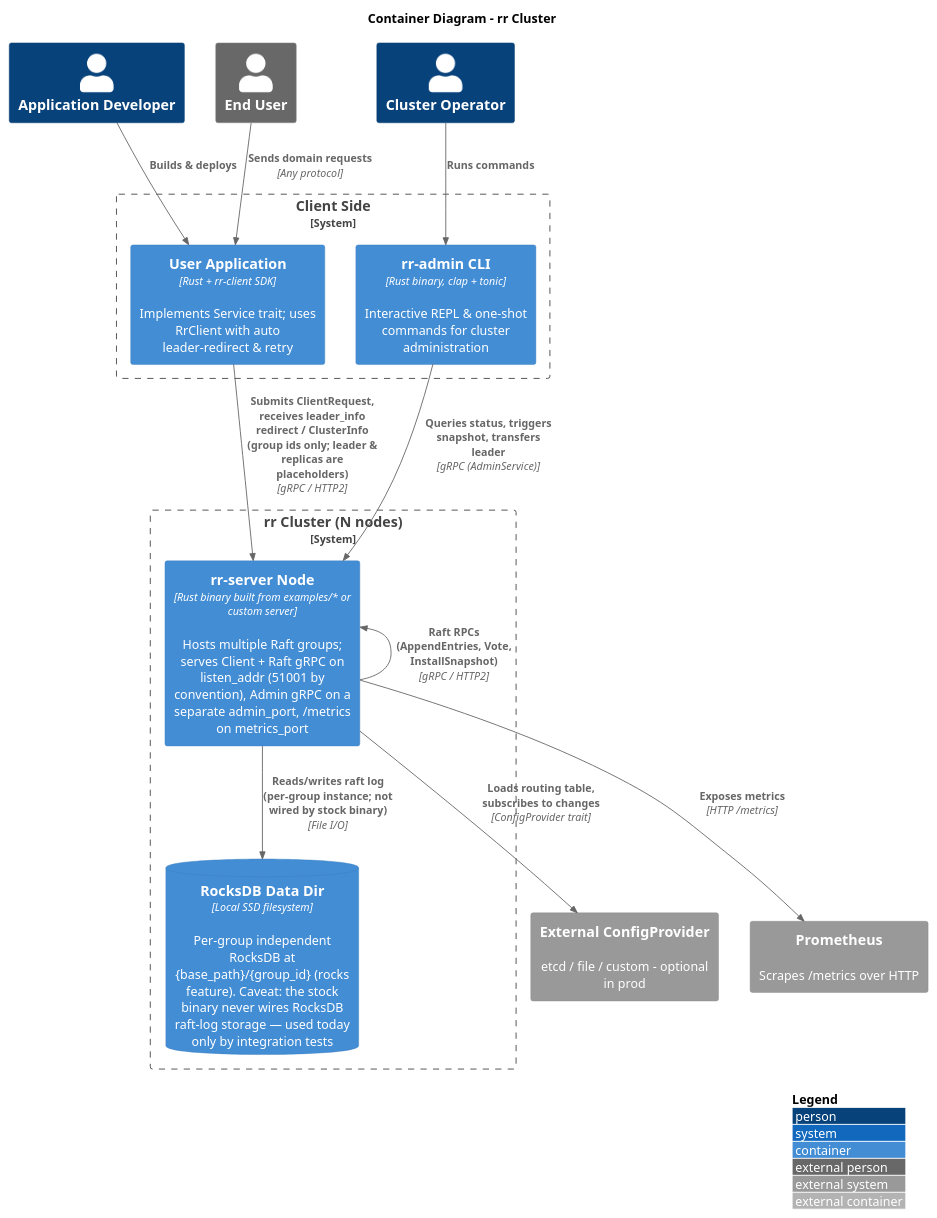
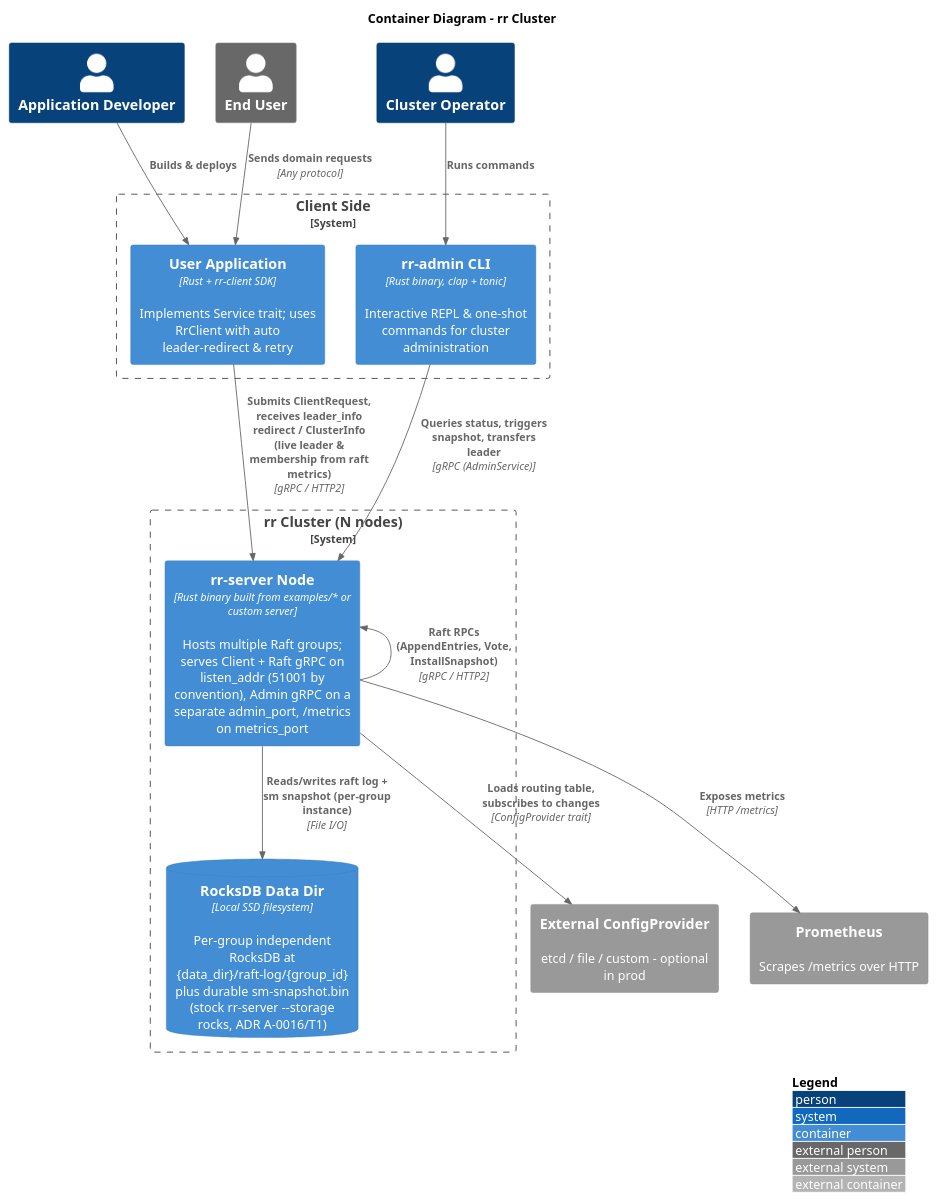
One commit to gardenias/rr changed the diagram in docs/docs/architecture/c4/containers.md. Above: the diagram before and after it, drawn with PlantUML. The commit also changed other lines of this file and 17 other files, not shown here.

````diff
--- a/docs/docs/architecture/c4/containers.md
+++ b/docs/docs/architecture/c4/containers.md
@@ -15,38 +15,38 @@
 ```plantuml
 @startuml
 !include <C4/C4_Container.puml>
 
 title Container Diagram - rr Cluster
 
 Person(developer, "Application Developer")
 Person(operator, "Cluster Operator")
 Person_Ext(end_user, "End User")
 
 System_Boundary(client_side, "Client Side") {
   Container(user_app, "User Application", "Rust + rr-client SDK", "Implements Service trait; uses RrClient with auto leader-redirect & retry")
   Container(admin_cli, "rr-admin CLI", "Rust binary, clap + tonic", "Interactive REPL & one-shot commands for cluster administration")
 }
 
 System_Boundary(cluster, "rr Cluster (N nodes)") {
   Container(rr_node, "rr-server Node", "Rust binary built from examples/* or custom server", "Hosts multiple Raft groups; serves Client + Raft gRPC on listen_addr (51001 by convention), Admin gRPC on a separate admin_port, /metrics on metrics_port")
-  ContainerDb(rocks, "RocksDB Data Dir", "Local SSD filesystem", "Per-group independent RocksDB at {base_path}/{group_id} (rocks feature). Caveat: the stock binary never wires RocksDB raft-log storage — used today only by integration tests")
+  ContainerDb(rocks, "RocksDB Data Dir", "Local SSD filesystem", "Per-group independent RocksDB at {data_dir}/raft-log/{group_id} plus durable sm-snapshot.bin (stock rr-server --storage rocks, ADR A-0016/T1)")
 }
 
 System_Ext(prometheus, "Prometheus", "Scrapes /metrics over HTTP")
 System_Ext(config_store, "External ConfigProvider", "etcd / file / custom - optional in prod")
 
 Rel(end_user, user_app, "Sends domain requests", "Any protocol")
-Rel(user_app, rr_node, "Submits ClientRequest, receives leader_info redirect / ClusterInfo (group ids only; leader & replicas are placeholders)", "gRPC / HTTP2")
+Rel(user_app, rr_node, "Submits ClientRequest, receives leader_info redirect / ClusterInfo (live leader & membership from raft metrics)", "gRPC / HTTP2")
 Rel(admin_cli, rr_node, "Queries status, triggers snapshot, transfers leader", "gRPC (AdminService)")
 
 Rel_U(rr_node, rr_node, "Raft RPCs (AppendEntries, Vote, InstallSnapshot)", "gRPC / HTTP2")
-Rel(rr_node, rocks, "Reads/writes raft log (per-group instance; not wired by stock binary)", "File I/O")
+Rel(rr_node, rocks, "Reads/writes raft log + sm snapshot (per-group instance)", "File I/O")
 Rel(rr_node, config_store, "Loads routing table, subscribes to changes", "ConfigProvider trait")
 Rel(rr_node, prometheus, "Exposes metrics", "HTTP /metrics")
 
 Rel(developer, user_app, "Builds & deploys")
 Rel(operator, admin_cli, "Runs commands")
 
 LAYOUT_WITH_LEGEND()
 @enduml
 ```
````
